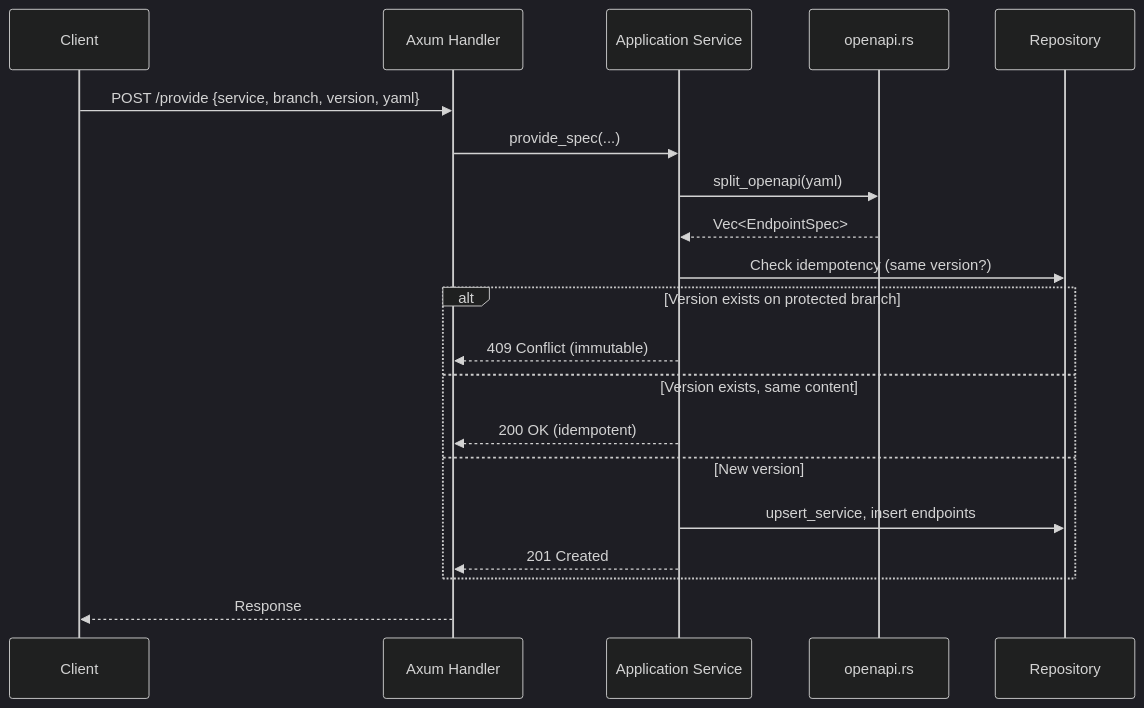
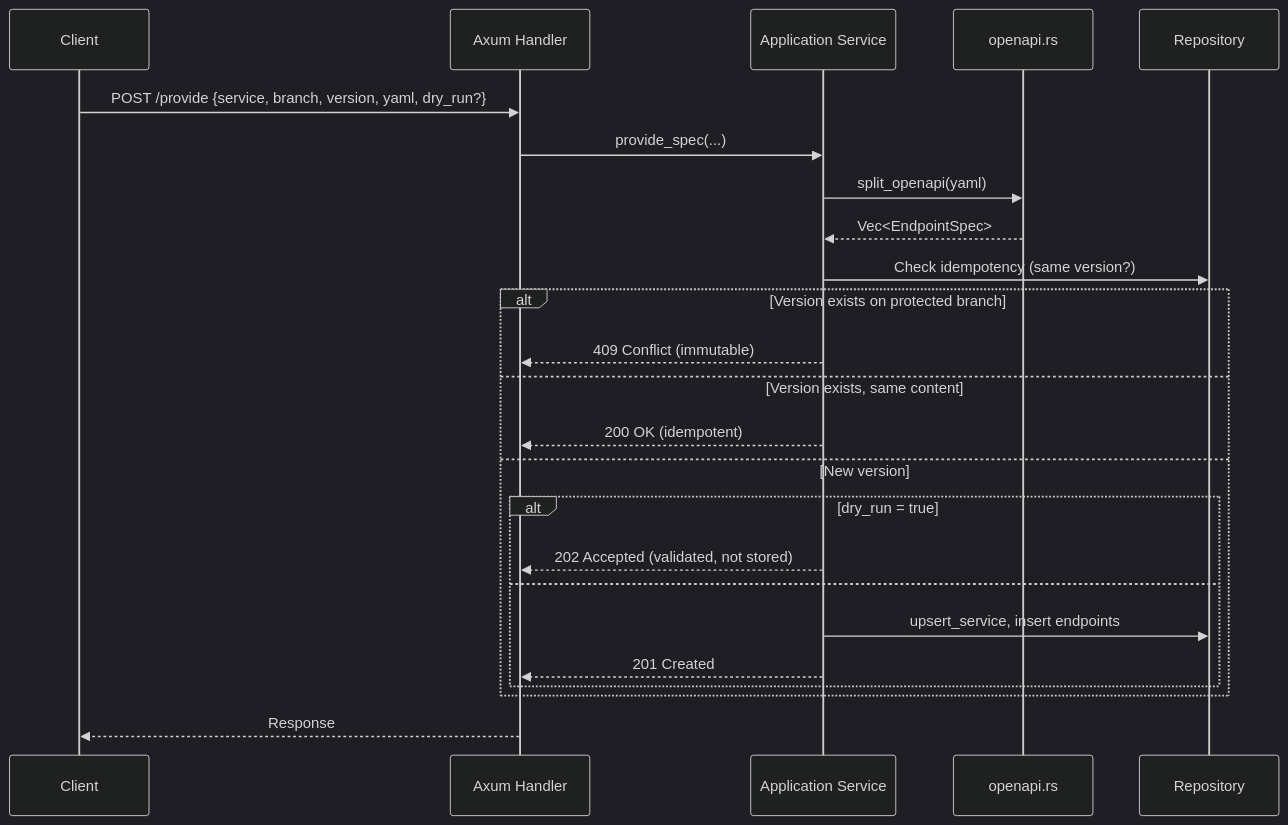
One commit to paxel/sanshain-service changed the second of 7 diagrams in docs/developer-guide.md. Above: the diagram before and after it, drawn with Mermaid (dark theme). The commit also changed other lines of this file and 9 other files, not shown here.

First line of the commit message:
Add dry-run and better error response for provide

````diff
--- a/docs/developer-guide.md
+++ b/docs/developer-guide.md
@@ -64,23 +64,27 @@
 ```mermaid
 sequenceDiagram
     participant Client
     participant Handler as Axum Handler
     participant Service as Application Service
     participant Splitter as openapi.rs
     participant Repo as Repository
 
-    Client->>Handler: POST /provide {service, branch, version, yaml}
+    Client->>Handler: POST /provide {service, branch, version, yaml, dry_run?}
     Handler->>Service: provide_spec(...)
     Service->>Splitter: split_openapi(yaml)
     Splitter-->>Service: Vec<EndpointSpec>
     Service->>Repo: Check idempotency (same version?)
     alt Version exists on protected branch
         Service-->>Handler: 409 Conflict (immutable)
     else Version exists, same content
         Service-->>Handler: 200 OK (idempotent)
     else New version
-        Service->>Repo: upsert_service, insert endpoints
-        Service-->>Handler: 201 Created
+        alt dry_run = true
+            Service-->>Handler: 202 Accepted (validated, not stored)
+        else
+            Service->>Repo: upsert_service, insert endpoints
+            Service-->>Handler: 201 Created
+        end
     end
     Handler-->>Client: Response
 ```
````
